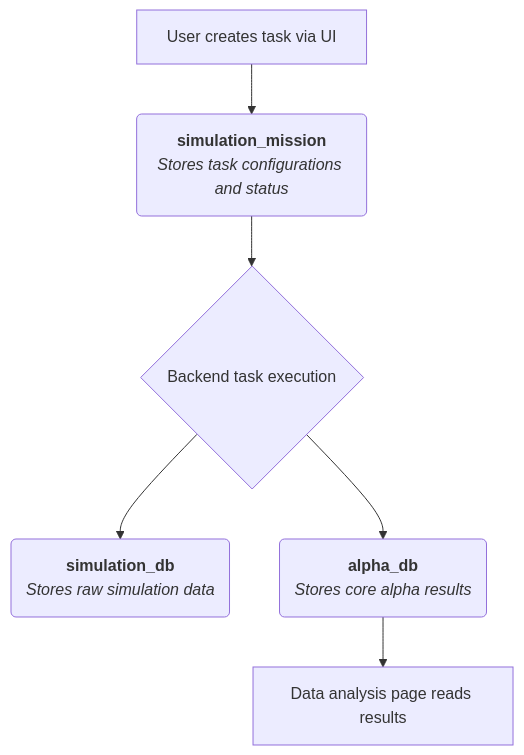
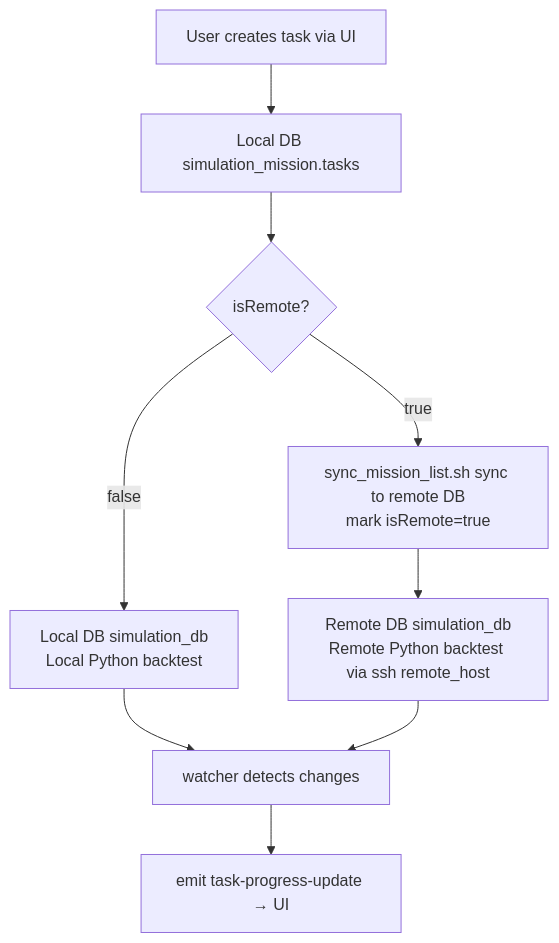
Before and after one commit to roshameow/quantnight-frontend: the diagram in README.en.md, drawn with Mermaid. The commit also changed other lines of this file and 1 other file, not shown here.

Commit message:
docs: 重写 README 架构章节——配置驱动的本地/远程模型、双库分流、watcher 事件流、数据流速查表

````diff
--- a/README.en.md
+++ b/README.en.md
@@ -37,8 +54,11 @@
 ```mermaid
 graph TD
-    A[User creates task via UI] --> B(<b>simulation_mission</b><br/><i>Stores task configurations and status</i>);
-    B --> C{Backend task execution};
-    C --> D(<b>simulation_db</b><br/><i>Stores raw simulation data</i>);
-    C --> E(<b>alpha_db</b><br/><i>Stores core alpha results</i>);
-    E --> F[Data analysis page reads results];
+    A[User creates task via UI] --> B[Local DB simulation_mission.tasks]
+    B --> C{isRemote?}
+    C -- false --> D[Local DB simulation_db<br/>Local Python backtest]
+    C -- true --> E[sync_mission_list.sh sync to remote DB<br/>mark isRemote=true]
+    E --> F[Remote DB simulation_db<br/>Remote Python backtest via ssh remote_host]
+    D --> G[watcher detects changes]
+    F --> G
+    G --> H[emit task-progress-update → UI]
 ```
````
